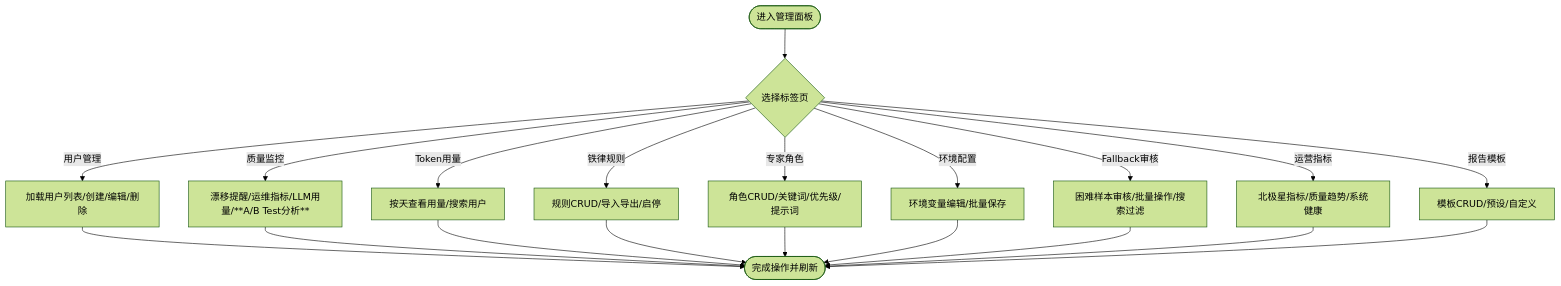
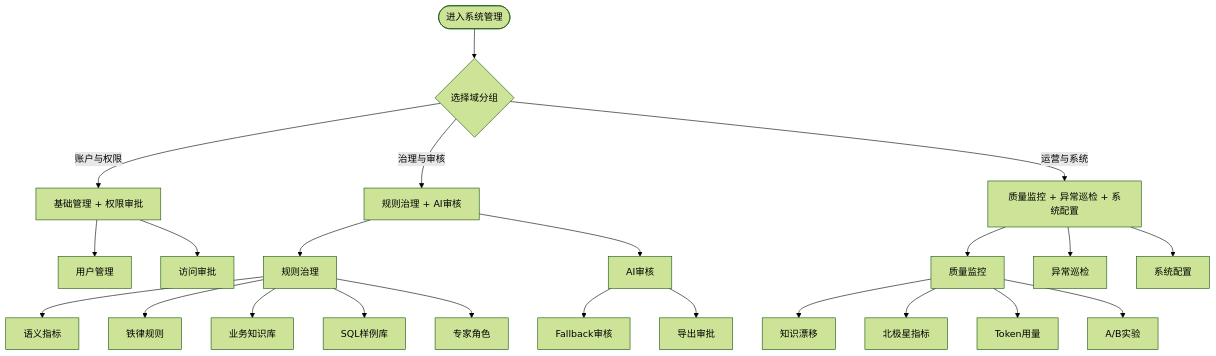
The third of 5 diagrams in .qoder/repowiki/zh/content/前端应用/核心组件库/管理面板组件.md (dgjin/smart-data-analytics), drawn with Mermaid (forest theme) before and after one commit. The commit also changed other lines of this file and 146 other files, not shown here.

````diff
--- a/.qoder/repowiki/zh/content/前端应用/核心组件库/管理面板组件.md
+++ b/.qoder/repowiki/zh/content/前端应用/核心组件库/管理面板组件.md
@@ -191,22 +246,25 @@
 ```mermaid
 flowchart TD
-Start(["进入管理面板"]) --> Tab{"选择标签页"}
-Tab --> |用户管理| Users["加载用户列表/创建/编辑/删除"]
-Tab --> |质量监控| Quality["漂移提醒/运维指标/LLM用量/**A/B Test分析**"]
-Tab --> |Token用量| Usage["按天查看用量/搜索用户"]
-Tab --> |铁律规则| Rules["规则CRUD/导入导出/启停"]
-Tab --> |专家角色| Personas["角色CRUD/关键词/优先级/提示词"]
-Tab --> |环境配置| Env["环境变量编辑/批量保存"]
-Tab --> |Fallback审核| Fallback["困难样本审核/批量操作/搜索过滤"]
-Tab --> |运营指标| Ops["北极星指标/质量趋势/系统健康"]
-Tab --> |报告模板| Templates["模板CRUD/预设/自定义"]
-Users --> End(["完成操作并刷新"])
-Quality --> End
-Usage --> End
-Rules --> End
-Personas --> End
-Env --> End
-Fallback --> End
-Ops --> End
-Templates --> End
+Start(["进入系统管理"]) --> Domain{"选择域分组"}
+Domain --> |账户与权限| Account["基础管理 + 权限审批"]
+Domain --> |治理与审核| Governance["规则治理 + AI审核"]
+Domain --> |运营与系统| Operations["质量监控 + 异常巡检 + 系统配置"]
+Account --> Users["用户管理"]
+Account --> Access["访问审批"]
+Governance --> RuleGov["规则治理"]
+Governance --> AIAudit["AI审核"]
+RuleGov --> Metrics["语义指标"]
+RuleGov --> IronRules["铁律规则"]
+RuleGov --> Knowledge["业务知识库"]
+RuleGov --> Examples["SQL样例库"]
+RuleGov --> Personas["专家角色"]
+AIAudit --> Fallback["Fallback审核"]
+AIAudit --> DLP["导出审批"]
+Operations --> QualityMon["质量监控"]
+Operations --> Patrol["异常巡检"]
+Operations --> SysConfig["系统配置"]
+QualityMon --> Drift["知识漂移"]
+QualityMon --> Ops["北极星指标"]
+QualityMon --> Usage["Token用量"]
+QualityMon --> ABTest["A/B实验"]
 ```
````
